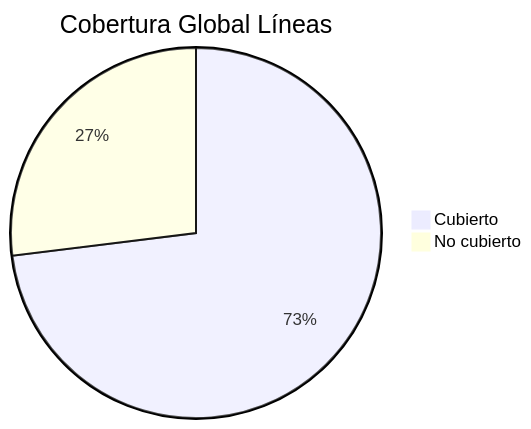
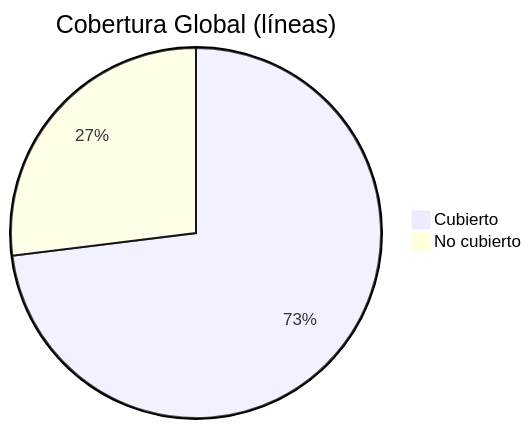
The fourth of 4 diagrams in README.md (g-centurion/KipuBankV3), drawn with Mermaid before and after one commit. The commit also changed other lines of this file and 1 other file, not shown here.

Commit message:
docs: reorganize README and expand FLOW_DIAGRAMS with technical details

````diff
--- a/README.md
+++ b/README.md
@@ -417,6 +257,6 @@
 ```mermaid
 pie
-   title Cobertura Global Líneas
+   title Cobertura Global (líneas)
    "Cubierto" : 73.04
    "No cubierto" : 26.96
 ```
````
